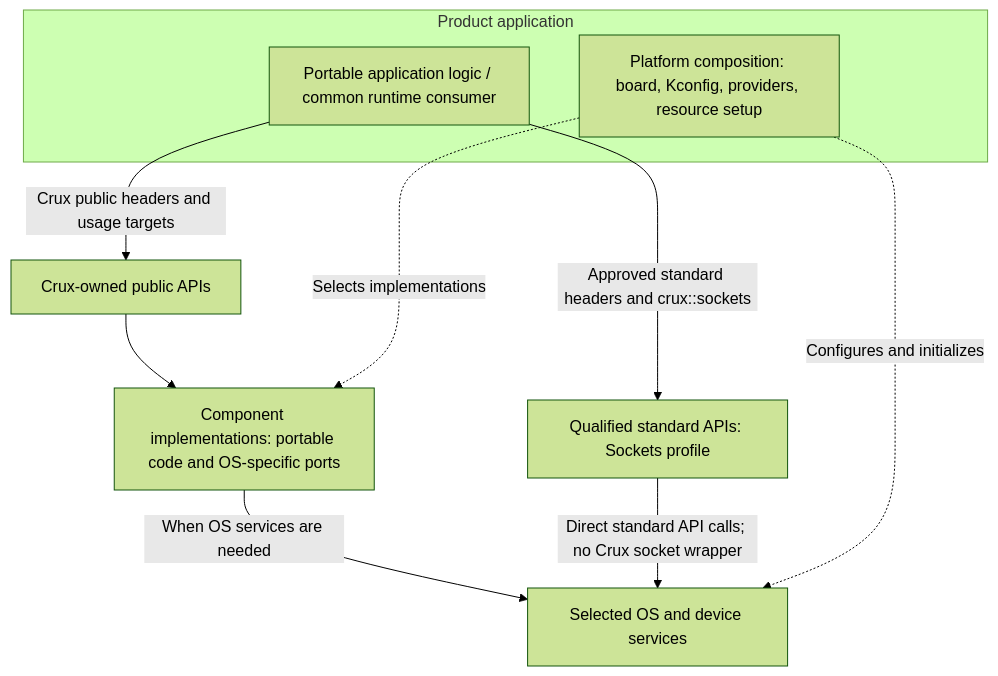
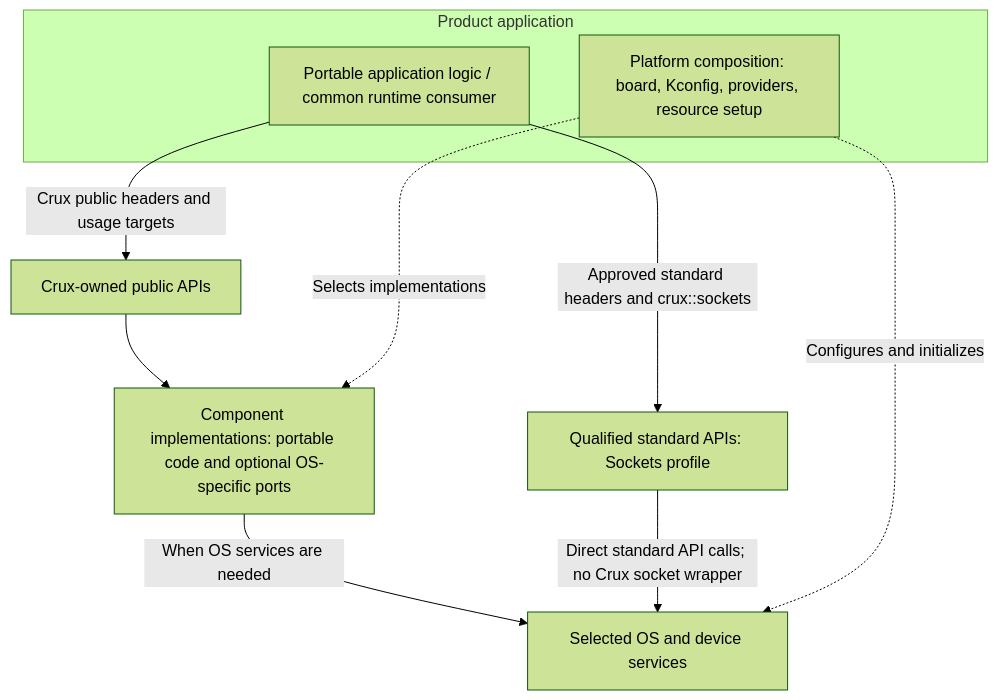
The diagram in docs/architecture.md (wonny-labs/crux-pilot), drawn with Mermaid (forest theme) before and after one commit. The commit also changed other lines of this file, not shown here.

Commit message:
docs: clarify native dependency scope and optional OS ports

````diff
--- a/docs/architecture.md
+++ b/docs/architecture.md
@@ -17,18 +17,18 @@
 ```mermaid
 flowchart TB
     subgraph Product["Product application"]
         P["Portable application logic / common runtime consumer"]
         X["Platform composition: board, Kconfig, providers, resource setup"]
     end
     A["Crux-owned public APIs"]
-    C["Component implementations: portable code and OS-specific ports"]
+    C["Component implementations: portable code and optional OS-specific ports"]
     S["Qualified standard APIs: Sockets profile"]
     N["Selected OS and device services"]
     P -->|"Crux public headers and usage targets"| A
     A --> C
     C -->|"When OS services are needed"| N
     P -->|"Approved standard headers and crux::sockets"| S
     S -->|"Direct standard API calls; no Crux socket wrapper"| N
     X -.->|"Selects implementations"| C
     X -.->|"Configures and initializes"| N
 ```
````
